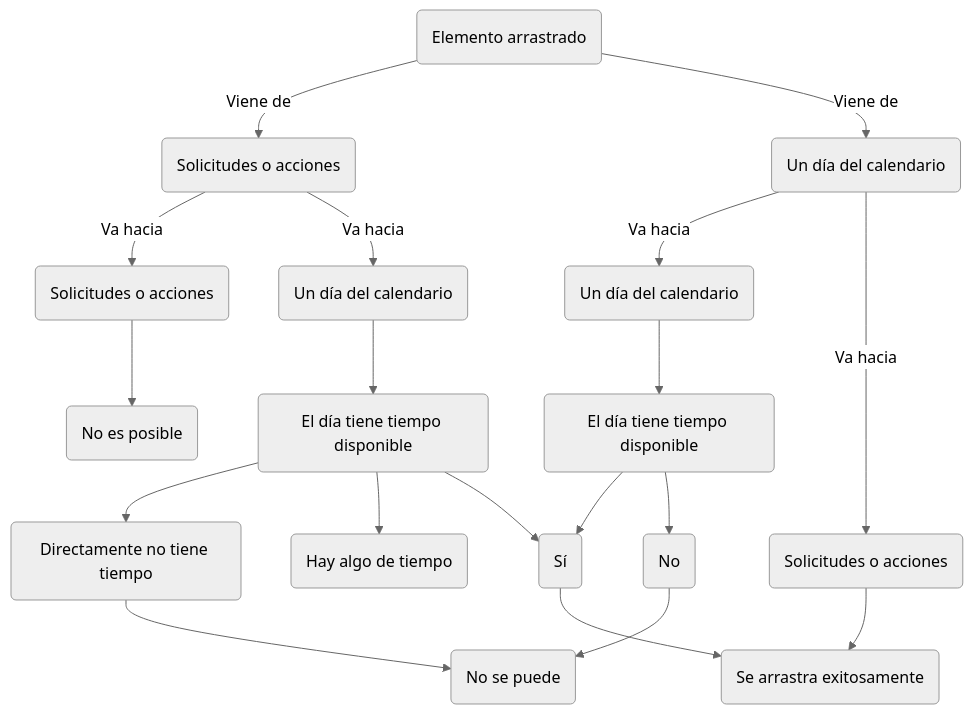
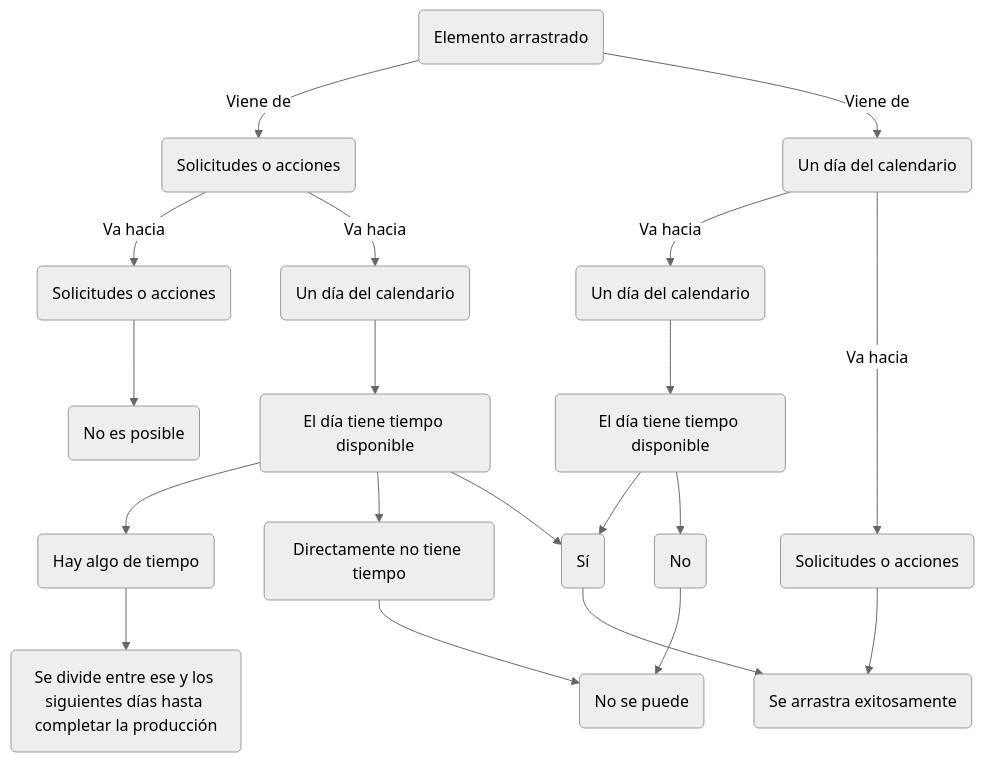
The diagram in README.md (BolsitaDP/cerveceria_v4), drawn with Mermaid (neutral theme) before and after one commit. The commit also changed other lines of this file, not shown here.

````diff
--- a/README.md
+++ b/README.md
@@ -64,12 +122,22 @@
 ```mermaid
+
 graph
-elemento(Elemento arrastrado) -- Viene de  --> solicitudesAccionesInicio(Solicitudes o acciones) -- Va hacia --> solicitudesAccionesFin(Solicitudes o acciones) --> NoEsPosible(No es posible)
+
+elemento(Elemento arrastrado) -- Viene de --> solicitudesAccionesInicio(Solicitudes o acciones) -- Va hacia --> solicitudesAccionesFin(Solicitudes o acciones) --> NoEsPosible(No es posible)
+
 elemento -- Viene de --> DiaCalendarioInicio(Un día del calendario) -- Va hacia --> DiaCalendarioFin(Un día del calendario) --> TiempoDisponible(El día tiene tiempo disponible) --> SiTiempo(Sí) --> SeArrastra(Se arrastra exitosamente)
+
 TiempoDisponible --> NoTiempo(No)
+
 NoTiempo --> NoSeArrastra(No se puede)
+
 DiaCalendarioInicio -- Va hacia --> solicitudesAccionesInicio2(Solicitudes o acciones) --> SeArrastra
-solicitudesAccionesInicio -- Va hacia --> DiaCalendarioInicio2(Un día del calendario)  --> TiempoDisponible2(El día tiene tiempo disponible) --> NoTiempo2(Directamente no tiene tiempo) --> NoSeArrastra
+
 TiempoDisponible2 --> TiempoParcial(Hay algo de tiempo)
+
+TiempoParcial --> Division(Se divide entre ese y los siguientes días hasta completar la producción)
+
+solicitudesAccionesInicio -- Va hacia --> DiaCalendarioInicio2(Un día del calendario) --> TiempoDisponible2(El día tiene tiempo disponible) --> NoTiempo2(Directamente no tiene tiempo) --> NoSeArrastra
+
 TiempoDisponible2 --> SiTiempo
-
 ```
````
